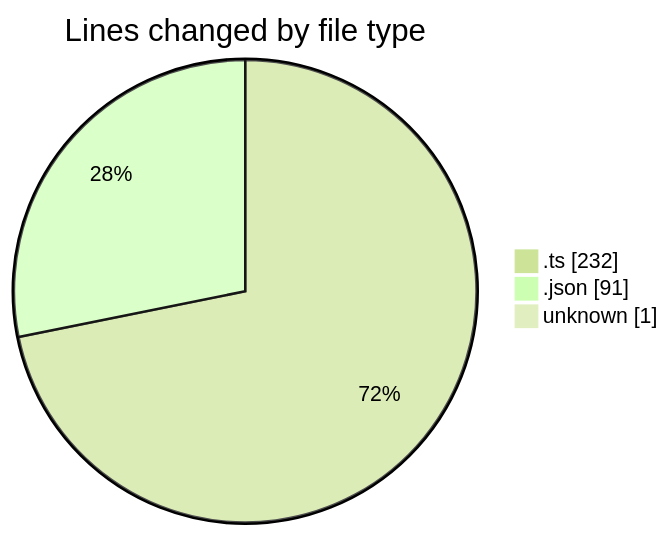
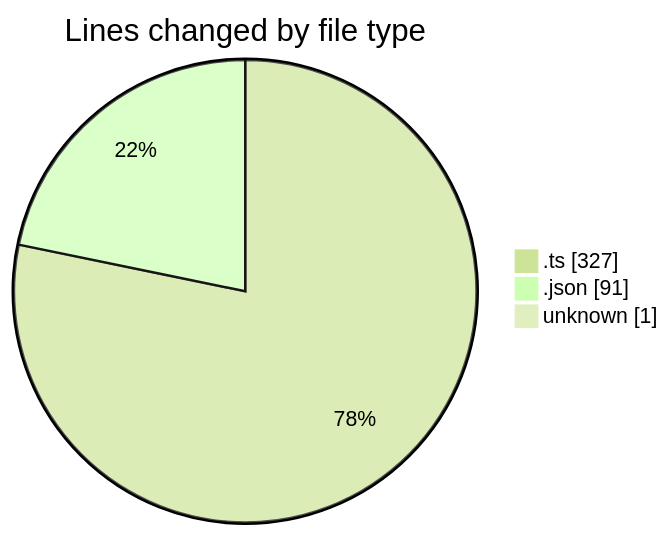
Before and after one commit to donsfak/code-tracking: the first of 2 diagrams in 2025-02-08/maps_clone/README.md, drawn with Mermaid (forest theme). The commit also changed other lines of this file and 1 other file, not shown here.

````diff
--- a/2025-02-08/maps_clone/README.md
+++ b/2025-02-08/maps_clone/README.md
@@ -22,7 +22,7 @@
 ```mermaid
 pie showData
 title Lines changed by file type
-".ts" : 232
+".ts" : 327
 ".json" : 91
 "unknown" : 1
 ```
````
